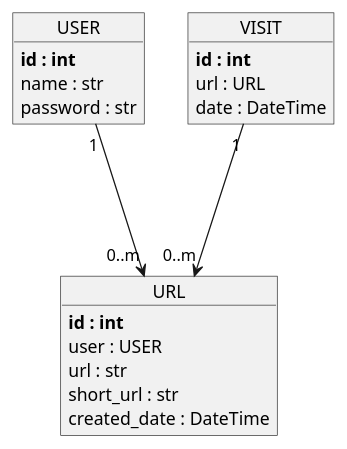
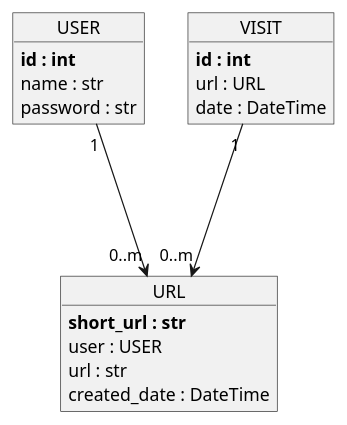
Before and after one commit to feelofgoodvibes/purlity: the diagram in class_diagram.puml, drawn with PlantUML. The commit also changed 2 other files, not shown here.

Commit message:
Make short_url primary key of URL

```diff
--- a/class_diagram.puml
+++ b/class_diagram.puml
@@ -1,26 +1,25 @@
 @startuml class_diagram
 
 object USER {
   **id : int**
   name : str
   password : str
 }
 
 object URL {
-  **id : int**
+  **short_url : str**
   user : USER
   url : str
-  short_url : str
   created_date : DateTime
 }
 
 object VISIT {
   **id : int**
   url : URL
   date : DateTime
 }
 
 USER "1" ---> "0..m" URL
 VISIT "1" ---> "0..m" URL
 
 @enduml
```
